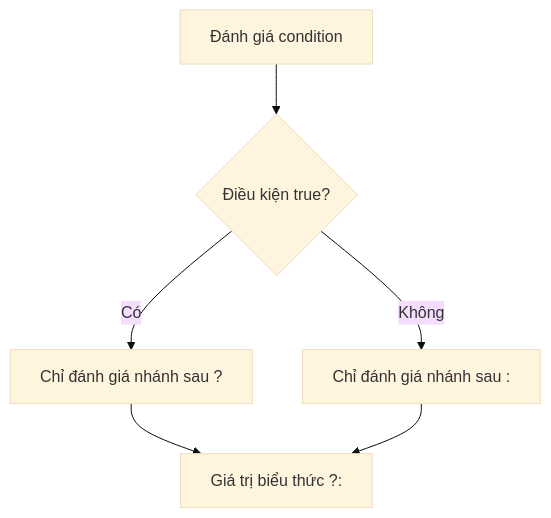
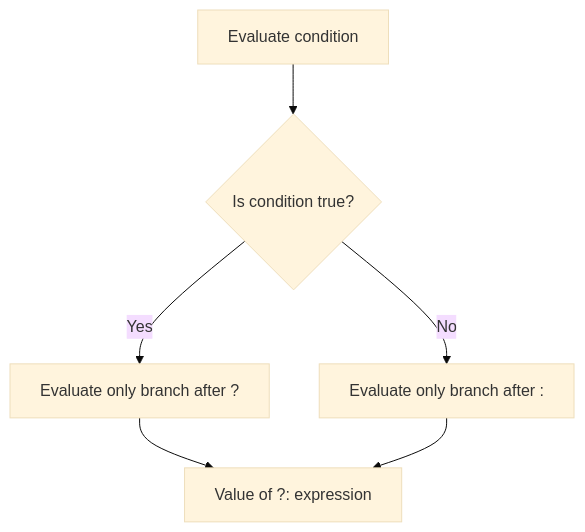
The diagram in module/platform/development/programming/language/java/core/language-basics/content/knowledge/en/17.logic-and-conditions/logic-and-conditions-007.md (phuongnguyenit93/learning-platform-data), drawn with Mermaid (base theme) before and after one commit. The commit also changed other lines of this file and 2307 other files, not shown here.

```diff
--- a/module/platform/development/programming/language/java/core/language-basics/content/knowledge/en/17.logic-and-conditions/logic-and-conditions-007.md
+++ b/module/platform/development/programming/language/java/core/language-basics/content/knowledge/en/17.logic-and-conditions/logic-and-conditions-007.md
@@ -36,8 +36,8 @@
 ~~~mermaid
 flowchart TD
-    A["Đánh giá condition"] --> B{"Điều kiện true?"}
-    B -- "Có" --> C["Chỉ đánh giá nhánh sau ?"]
-    B -- "Không" --> D["Chỉ đánh giá nhánh sau :"]
-    C --> E["Giá trị biểu thức ?:"]
+    A["Evaluate condition"] --> B{"Is condition true?"}
+    B -- "Yes" --> C["Evaluate only branch after ?"]
+    B -- "No" --> D["Evaluate only branch after :"]
+    C --> E["Value of ?: expression"]
     D --> E
 ~~~
```
